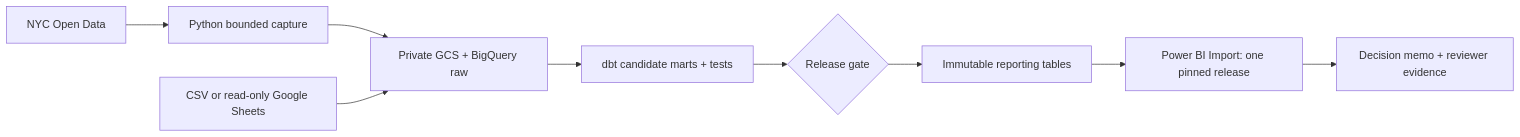
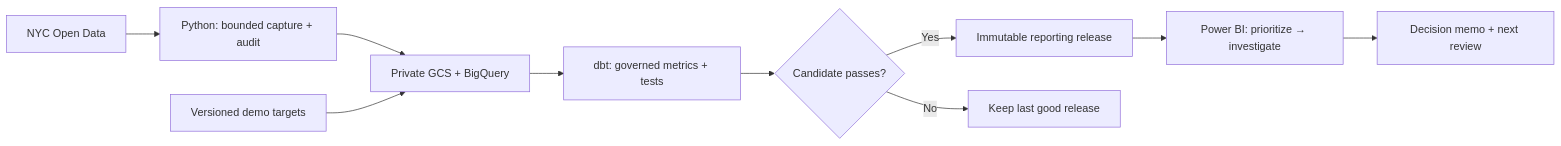
The diagram in README.md (McQueen-Cloud-Advisory/nyc-311-service-ops-analysis), drawn with Mermaid before and after one commit. The commit also changed other lines of this file and 186 other files, not shown here.

````diff
--- a/README.md
+++ b/README.md
@@ -47,11 +52,12 @@
 ```mermaid
 flowchart LR
-    NYC[NYC Open Data] --> PY[Python bounded capture]
-    PY --> RAW[Private GCS + BigQuery raw]
-    CSV[CSV or read-only Google Sheets] --> RAW
-    RAW --> DBT[dbt candidate marts + tests]
-    DBT --> GATE{Release gate}
-    GATE --> REPORT[Immutable reporting tables]
-    REPORT --> PBI[Power BI Import: one pinned release]
-    PBI --> MEMO[Decision memo + reviewer evidence]
+    A[NYC Open Data] --> B[Python: bounded capture + audit]
+    B --> C[Private GCS + BigQuery]
+    T[Versioned demo targets] --> C
+    C --> D[dbt: governed metrics + tests]
+    D --> E{Candidate passes?}
+    E -->|Yes| F[Immutable reporting release]
+    E -->|No| G[Keep last good release]
+    F --> H[Power BI: prioritize → investigate]
+    H --> I[Decision memo + next review]
 ```
````
